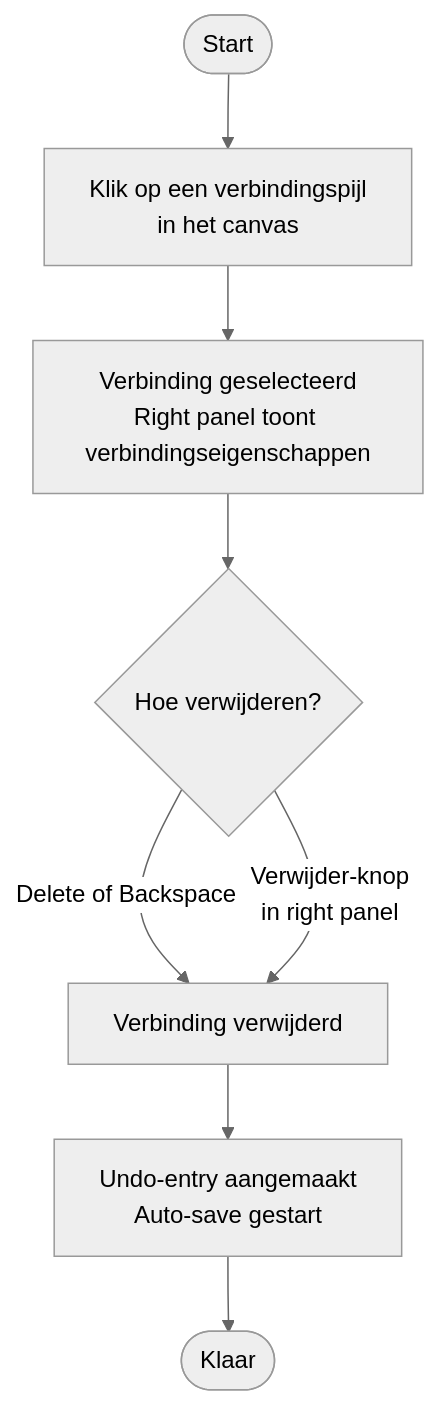
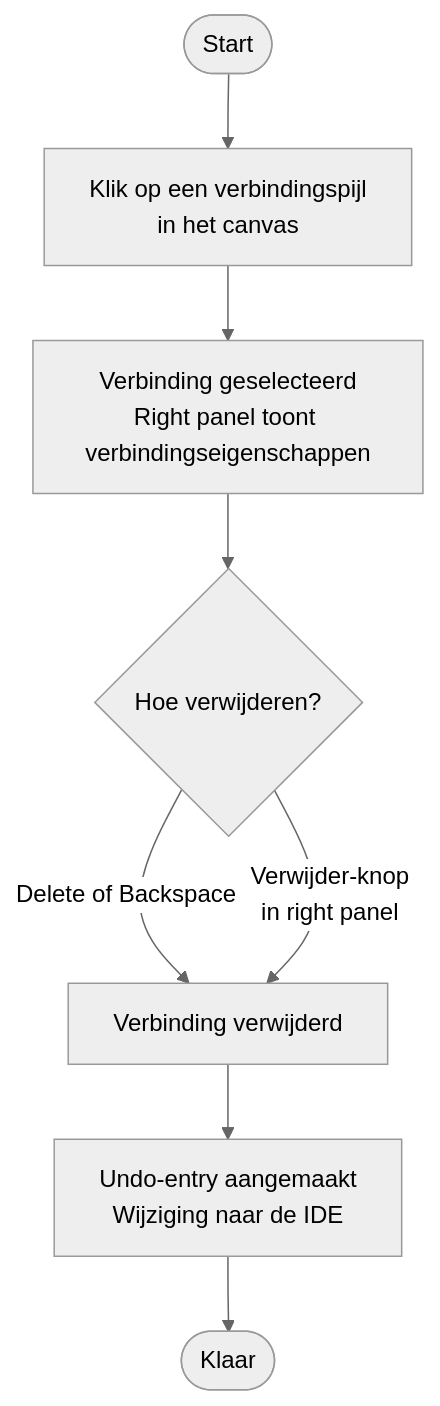
One commit to GRJX/mmd-flowchart changed diagram 13 of 18 in docs/USERFLOWS.md. Above: the diagram before and after it, drawn with Mermaid (neutral theme). The commit also changed other lines of this file and 36 other files, not shown here.

First line of the commit message:
feat: add MMD Flowchart extension for VS Code

````diff
--- a/docs/USERFLOWS.md
+++ b/docs/USERFLOWS.md
@@ -303,10 +263,10 @@
 ```mermaid
 flowchart TD
     A([Start]) --> B["Klik op een verbindingspijl<br>in het canvas"]
     B --> C["Verbinding geselecteerd<br>Right panel toont verbindingseigenschappen"]
     C --> D{Hoe verwijderen?}
     D -- "Delete of Backspace" --> E[Verbinding verwijderd]
     D -- "Verwijder-knop<br>in right panel" --> E
-    E --> F["Undo-entry aangemaakt<br>Auto-save gestart"]
+    E --> F["Undo-entry aangemaakt<br>Wijziging naar de IDE"]
     F --> G([Klaar])
 ```
````
